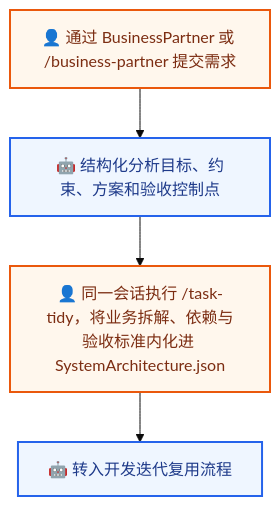
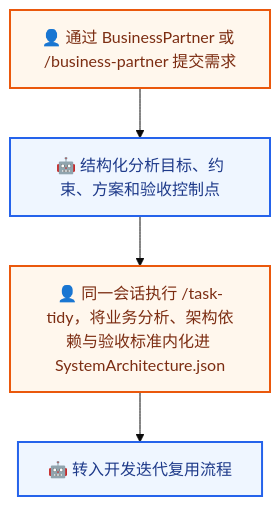
Before and after one commit to derekhu0002/Argo: the first of 5 diagrams in README.md, drawn with Mermaid (base theme). The commit also changed other lines of this file and 3 other files, not shown here.

````diff
--- a/README.md
+++ b/README.md
@@ -69,10 +69,10 @@
 ```mermaid
 flowchart TD
     A[👤 通过 BusinessPartner 或 /business-partner 提交需求] --> B[🤖 结构化分析目标、约束、方案和验收控制点]
-    B --> D[👤 同一会话执行 /task-tidy，将业务拆解、依赖与验收标准内化进 SystemArchitecture.json]
+    B --> D[👤 同一会话执行 /task-tidy，将业务分析、架构依赖与验收标准内化进 SystemArchitecture.json]
     D --> E[🤖 转入开发迭代复用流程]
     classDef human fill:#fff7ed,stroke:#ea580c,color:#7c2d12,stroke-width:2px
     classDef ai fill:#eff6ff,stroke:#2563eb,color:#1e3a8a,stroke-width:2px
     class A,D human
     class B,E ai
 ```
````
